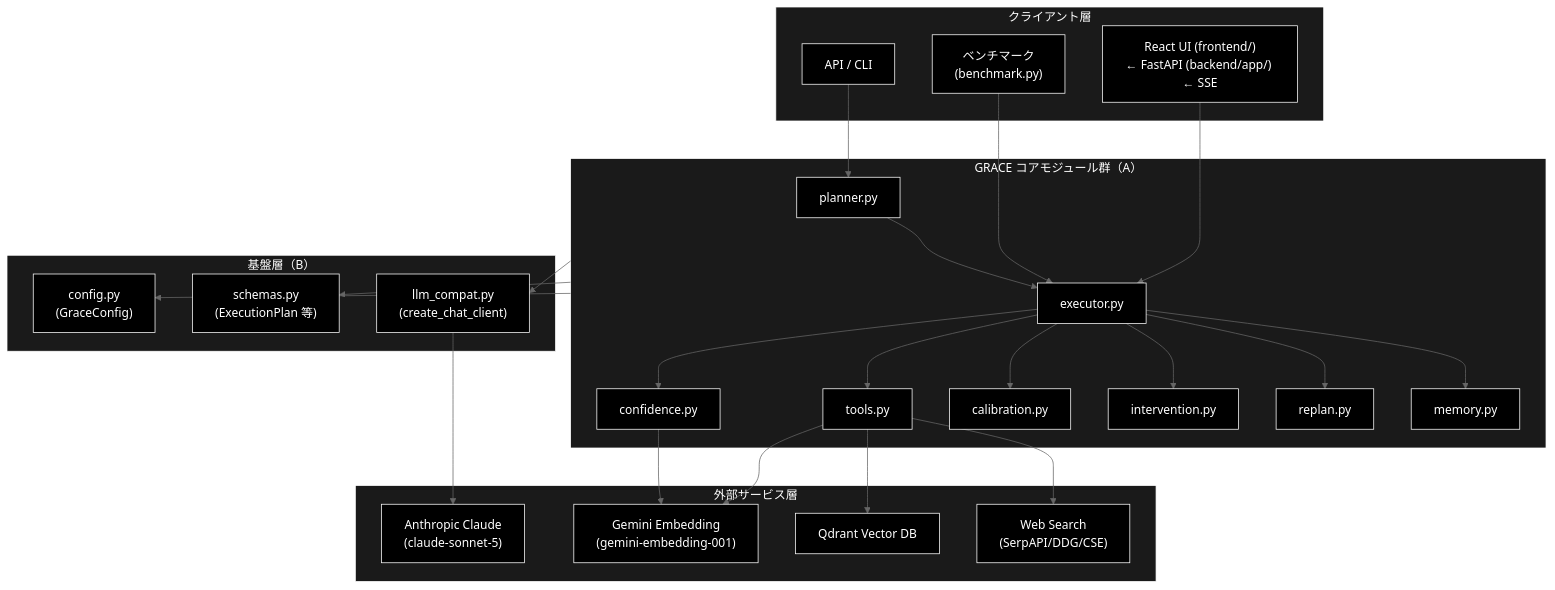
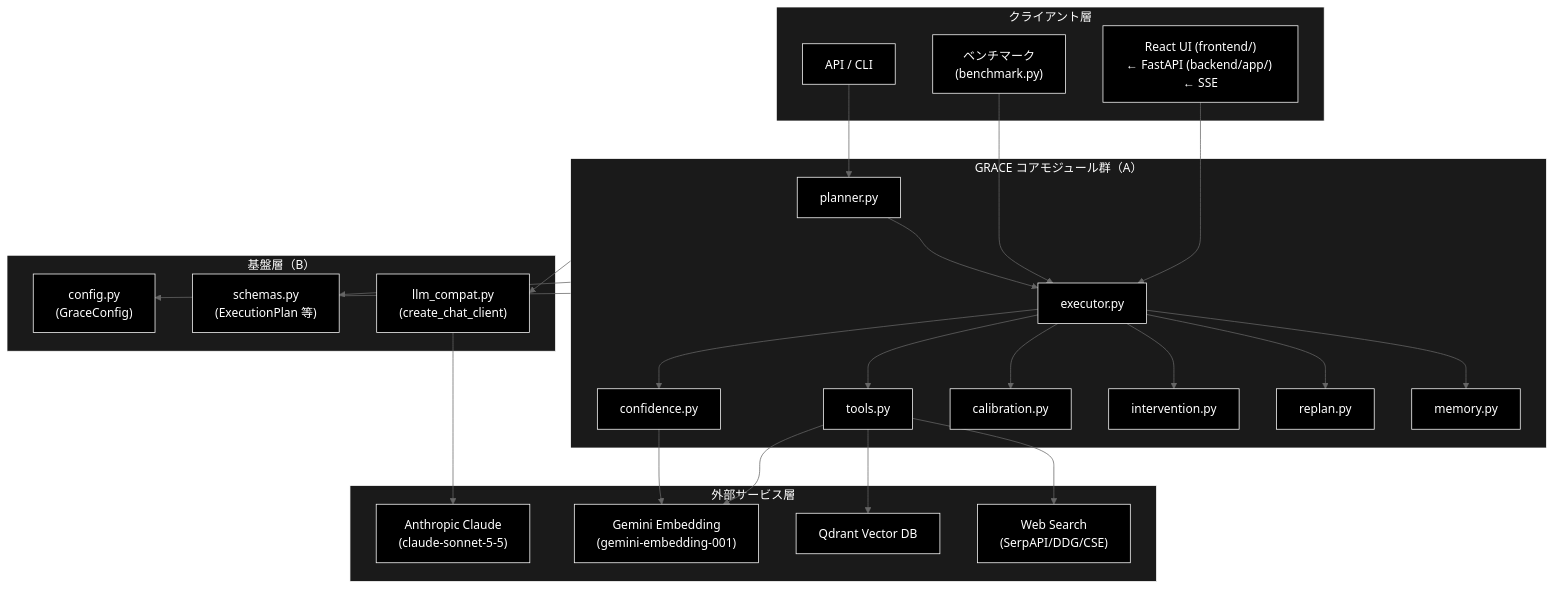
The second of 7 diagrams in grace/docs/grace_core.md (nakashima2toshio/grace_v2), drawn with Mermaid (neutral theme) before and after one commit. The commit also changed other lines of this file and 14 other files, not shown here.

````diff
--- a/grace/docs/grace_core.md
+++ b/grace/docs/grace_core.md
@@ -150,60 +150,60 @@
 ```mermaid
 flowchart TB
     subgraph CLIENT["クライアント層"]
         UI["React UI (frontend/)<br>← FastAPI (backend/app/) ← SSE"]
         BENCH["ベンチマーク<br>(benchmark.py)"]
         API["API / CLI"]
     end
 
     subgraph CORE["GRACE コアモジュール群（A）"]
         PLANNER["planner.py"]
         EXECUTOR["executor.py"]
         TOOLS["tools.py"]
         CONFIDENCE["confidence.py"]
         CALIBRATION["calibration.py"]
         INTERVENTION["intervention.py"]
         REPLAN["replan.py"]
         MEMORY["memory.py"]
     end
 
     subgraph FOUND["基盤層（B）"]
         CONFIG["config.py<br>(GraceConfig)"]
         SCHEMAS["schemas.py<br>(ExecutionPlan 等)"]
         LLMCOMPAT["llm_compat.py<br>(create_chat_client)"]
     end
 
     subgraph EXTERNAL["外部サービス層"]
-        ANTHROPIC["Anthropic Claude<br>(claude-sonnet-5)"]
+        ANTHROPIC["Anthropic Claude<br>(claude-sonnet-5-5)"]
         GEMINI["Gemini Embedding<br>(gemini-embedding-001)"]
         QDRANT["Qdrant Vector DB"]
         WEB["Web Search<br>(SerpAPI/DDG/CSE)"]
     end
 
     UI --> EXECUTOR
     BENCH --> EXECUTOR
     API --> PLANNER
     PLANNER --> EXECUTOR
     EXECUTOR --> TOOLS
     EXECUTOR --> CONFIDENCE
     EXECUTOR --> CALIBRATION
     EXECUTOR --> INTERVENTION
     EXECUTOR --> REPLAN
     EXECUTOR --> MEMORY
 
     CORE --> CONFIG
     CORE --> SCHEMAS
     CORE --> LLMCOMPAT
 
     LLMCOMPAT --> ANTHROPIC
     TOOLS --> GEMINI
     CONFIDENCE --> GEMINI
     TOOLS --> QDRANT
     TOOLS --> WEB
 classDef default fill:#000,stroke:#fff,color:#fff
 classDef subgraphStyle fill:#1a1a1a,stroke:#fff,color:#fff
 class UI,BENCH,API,PLANNER,EXECUTOR,TOOLS,CONFIDENCE,CALIBRATION,INTERVENTION,REPLAN,MEMORY,CONFIG,SCHEMAS,LLMCOMPAT,ANTHROPIC,GEMINI,QDRANT,WEB default
 style CLIENT fill:#1a1a1a,stroke:#fff,color:#fff
 style CORE fill:#1a1a1a,stroke:#fff,color:#fff
 style FOUND fill:#1a1a1a,stroke:#fff,color:#fff
 style EXTERNAL fill:#1a1a1a,stroke:#fff,color:#fff
 ```
````
